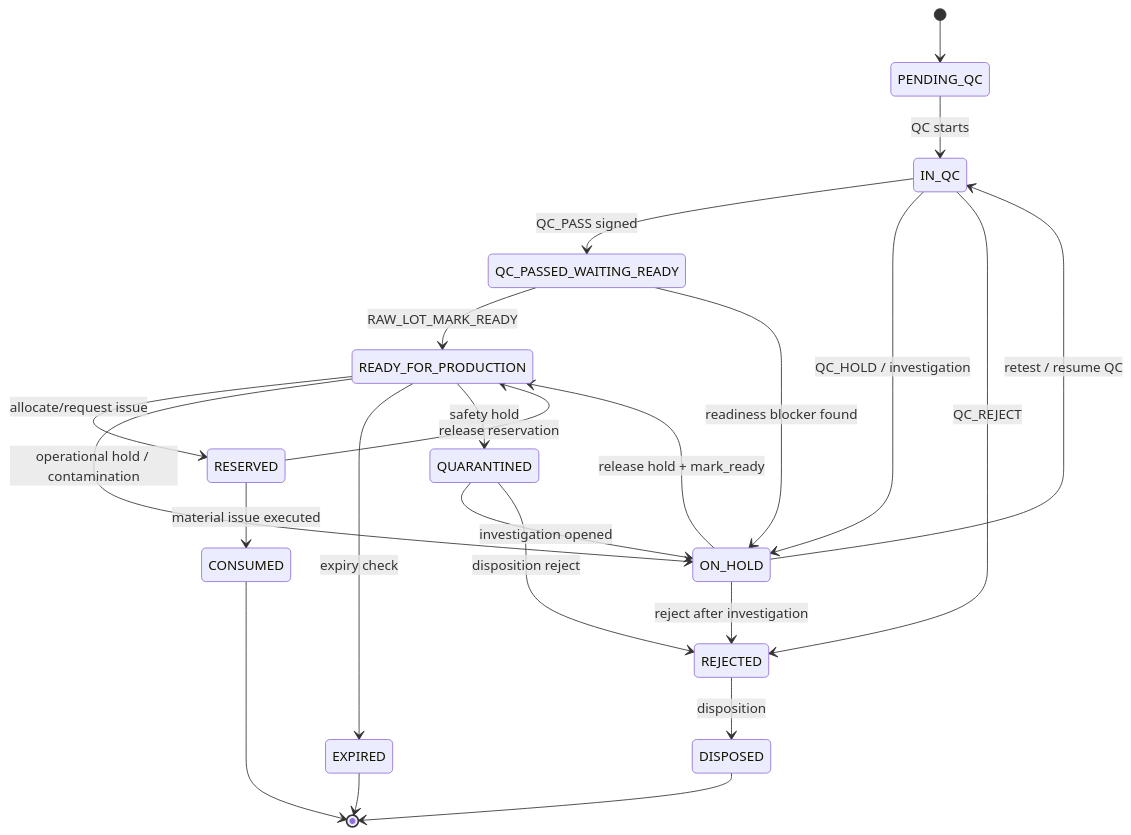
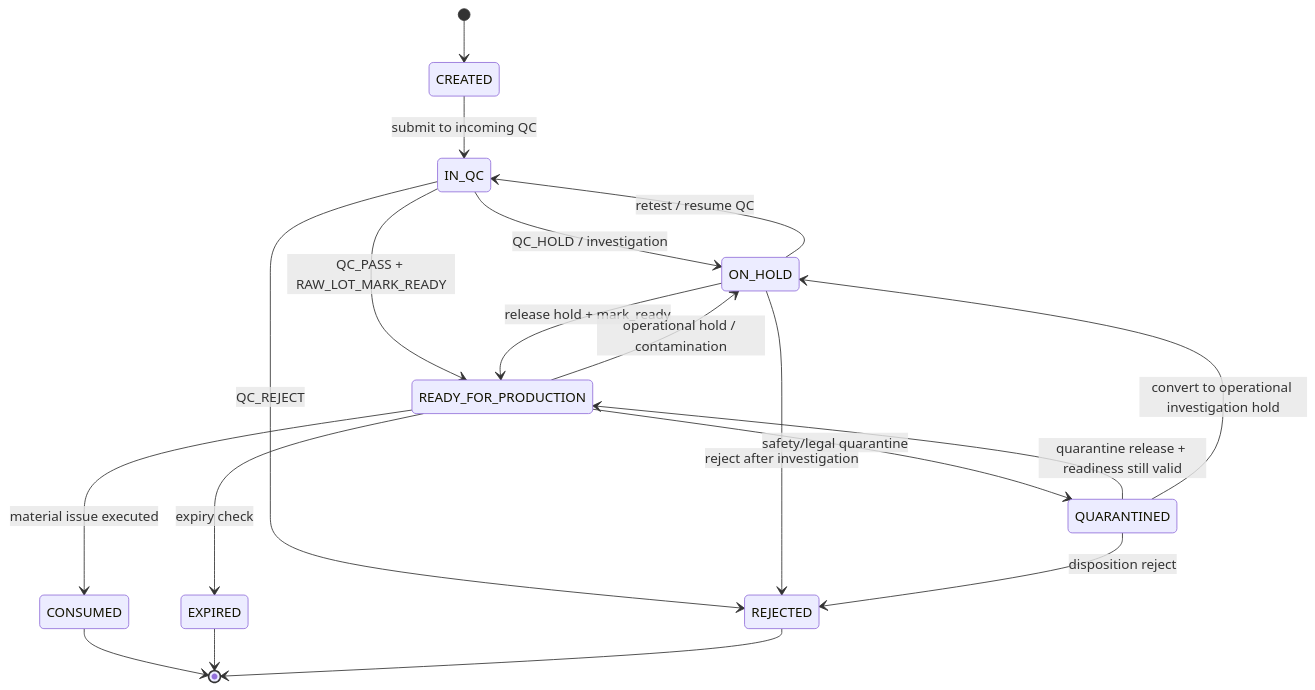
One commit to ngquoctoan2001/Ginsengfood-Operational-System changed the seventh of 18 diagrams in docs/software-specs/workflows/04_STATE_MACHINES.md. Above: the diagram before and after it, drawn with Mermaid. The commit also changed other lines of this file and 125 other files, not shown here.

````diff
--- a/docs/software-specs/workflows/04_STATE_MACHINES.md
+++ b/docs/software-specs/workflows/04_STATE_MACHINES.md
@@ -154,25 +202,21 @@
 ```mermaid
 stateDiagram-v2
-    [*] --> PENDING_QC
-    PENDING_QC --> IN_QC: QC starts
-    IN_QC --> QC_PASSED_WAITING_READY: QC_PASS signed
+    [*] --> CREATED
+    CREATED --> IN_QC: submit to incoming QC
     IN_QC --> ON_HOLD: QC_HOLD / investigation
     IN_QC --> REJECTED: QC_REJECT
-    QC_PASSED_WAITING_READY --> READY_FOR_PRODUCTION: RAW_LOT_MARK_READY
-    QC_PASSED_WAITING_READY --> ON_HOLD: readiness blocker found
+    IN_QC --> READY_FOR_PRODUCTION: QC_PASS + RAW_LOT_MARK_READY
     ON_HOLD --> IN_QC: retest / resume QC
     ON_HOLD --> READY_FOR_PRODUCTION: release hold + mark_ready
     ON_HOLD --> REJECTED: reject after investigation
-    READY_FOR_PRODUCTION --> RESERVED: allocate/request issue
-    RESERVED --> READY_FOR_PRODUCTION: release reservation
-    RESERVED --> CONSUMED: material issue executed
+    READY_FOR_PRODUCTION --> CONSUMED: material issue executed
     READY_FOR_PRODUCTION --> ON_HOLD: operational hold / contamination
     READY_FOR_PRODUCTION --> EXPIRED: expiry check
-    READY_FOR_PRODUCTION --> QUARANTINED: safety hold
-    QUARANTINED --> ON_HOLD: investigation opened
+    READY_FOR_PRODUCTION --> QUARANTINED: safety/legal quarantine
+    QUARANTINED --> READY_FOR_PRODUCTION: quarantine release + readiness still valid
+    QUARANTINED --> ON_HOLD: convert to operational investigation hold
     QUARANTINED --> REJECTED: disposition reject
-    REJECTED --> DISPOSED: disposition
     CONSUMED --> [*]
     EXPIRED --> [*]
-    DISPOSED --> [*]
+    REJECTED --> [*]
 ```
````
